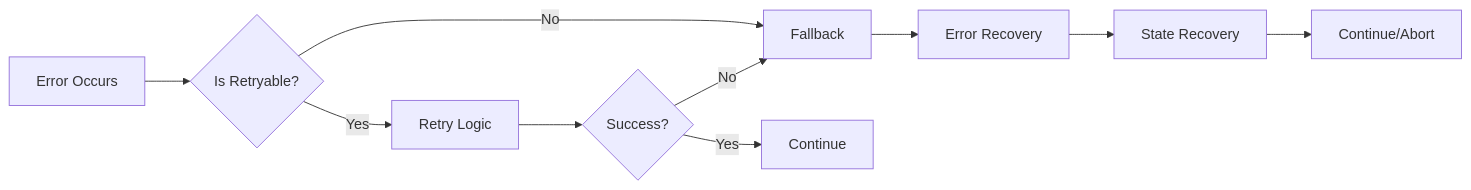
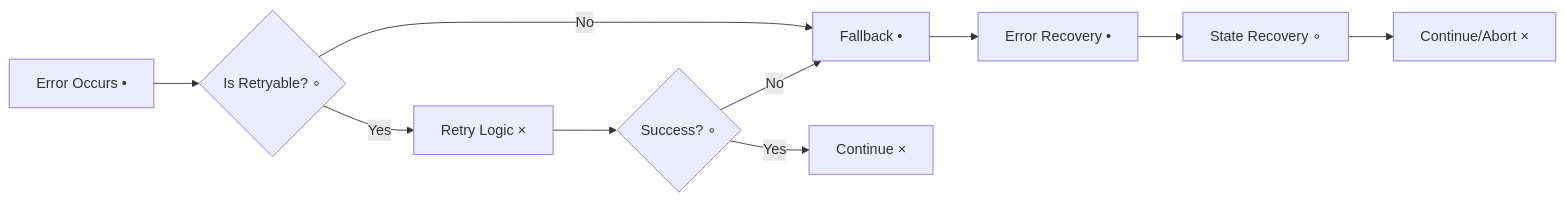
Before and after one commit to terrafying/musicpullzel: the second of 3 diagrams in README.md, drawn with Mermaid. The commit also changed other lines of this file and 31 other files, not shown here.

````diff
--- a/README.md
+++ b/README.md
@@ -21,12 +52,12 @@
 ```mermaid
 graph LR
-    A[Error Occurs] --> B{Is Retryable?}
-    B -->|Yes| C[Retry Logic]
-    B -->|No| D[Fallback]
-    C --> E{Success?}
-    E -->|Yes| F[Continue]
+    A[Error Occurs •] --> B{Is Retryable? ∘}
+    B -->|Yes| C[Retry Logic ×]
+    B -->|No| D[Fallback •]
+    C --> E{Success? ∘}
+    E -->|Yes| F[Continue ×]
     E -->|No| D
-    D --> G[Error Recovery]
-    G --> H[State Recovery]
-    H --> I[Continue/Abort]
+    D --> G[Error Recovery •]
+    G --> H[State Recovery ∘]
+    H --> I[Continue/Abort ×]
 ```
````
